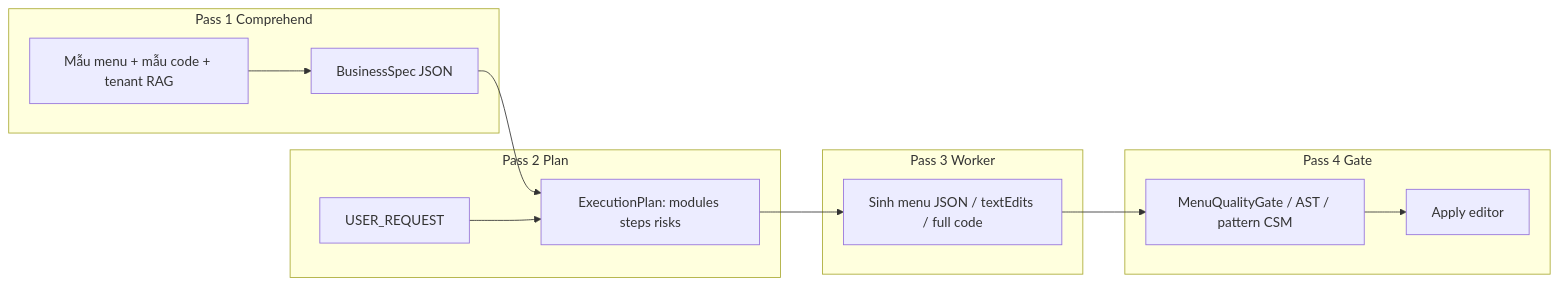
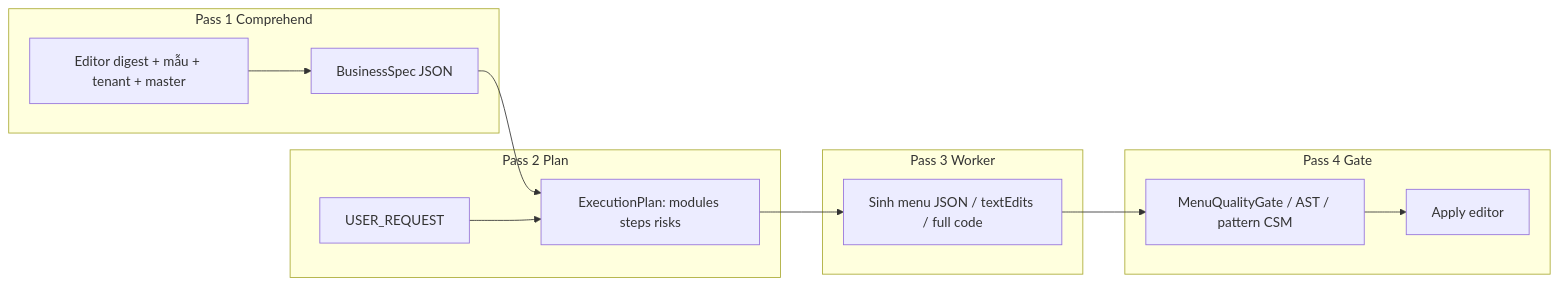
Diagram 11 of 14 in CSM_AI_LOCAL_CURSOR_MASTER_BRIEF.md (codsycorp/csm_java_react), drawn with Mermaid before and after one commit. The commit also changed other lines of this file and 5 other files, not shown here.

First line of the commit message:
feat: mandate business comprehension on existing editor and fix menu icon gate

````diff
--- a/CSM_AI_LOCAL_CURSOR_MASTER_BRIEF.md
+++ b/CSM_AI_LOCAL_CURSOR_MASTER_BRIEF.md
@@ -3379,19 +3440,19 @@
 ```mermaid
 flowchart LR
   subgraph P1 [Pass 1 Comprehend]
-    S[Mẫu menu + mẫu code + tenant RAG]
+    S[Editor digest + mẫu + tenant + master]
     B[BusinessSpec JSON]
     S --> B
   end
   subgraph P2 [Pass 2 Plan]
     B --> PL[ExecutionPlan: modules steps risks]
     U[USER_REQUEST] --> PL
   end
   subgraph P3 [Pass 3 Worker]
     PL --> W[Sinh menu JSON / textEdits / full code]
   end
   subgraph P4 [Pass 4 Gate]
     W --> G[MenuQualityGate / AST / pattern CSM]
     G --> OUT[Apply editor]
   end
 ```
````
